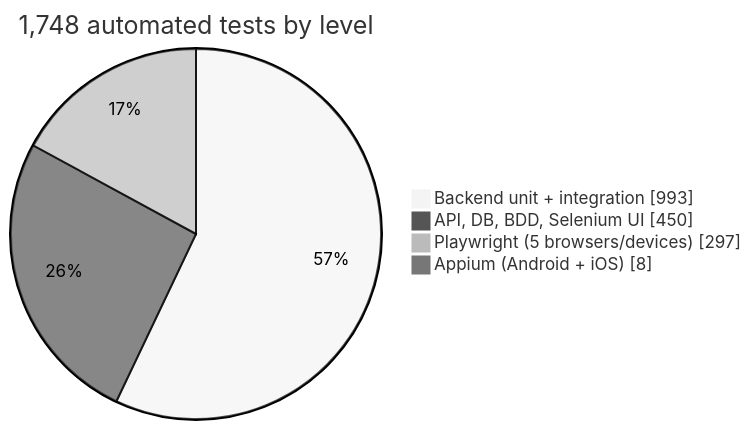
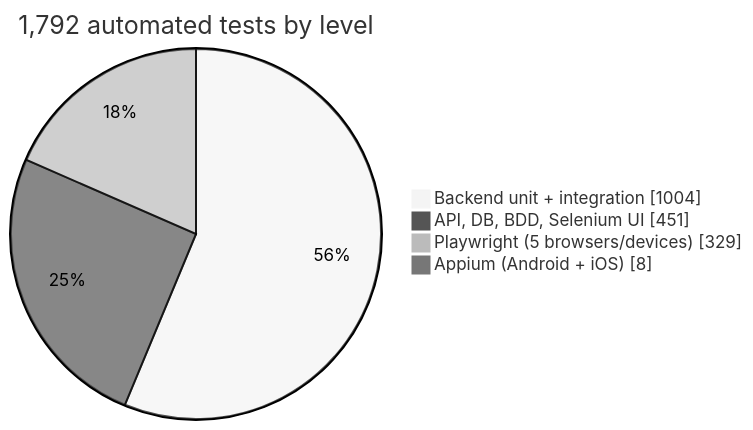
Before and after one commit to rbchy/RbcTcsWorld: the first of 2 diagrams in README.md, drawn with Mermaid (neutral theme). The commit also changed other lines of this file and 3 other files, not shown here.

````diff
--- a/README.md
+++ b/README.md
@@ -44,8 +44,8 @@
 ```mermaid
 pie showData
-    title 1,748 automated tests by level
-    "Backend unit + integration" : 993
-    "API, DB, BDD, Selenium UI" : 450
-    "Playwright (5 browsers/devices)" : 297
+    title 1,792 automated tests by level
+    "Backend unit + integration" : 1004
+    "API, DB, BDD, Selenium UI" : 451
+    "Playwright (5 browsers/devices)" : 329
     "Appium (Android + iOS)" : 8
 ```
````
